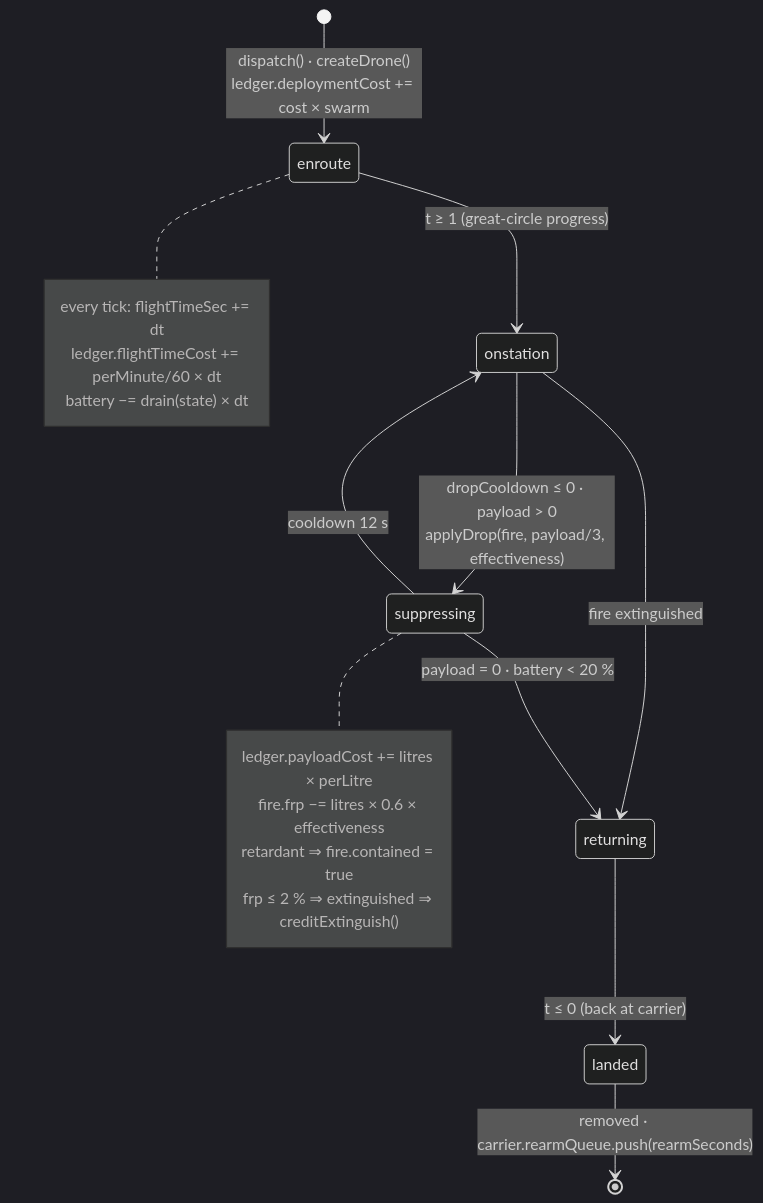
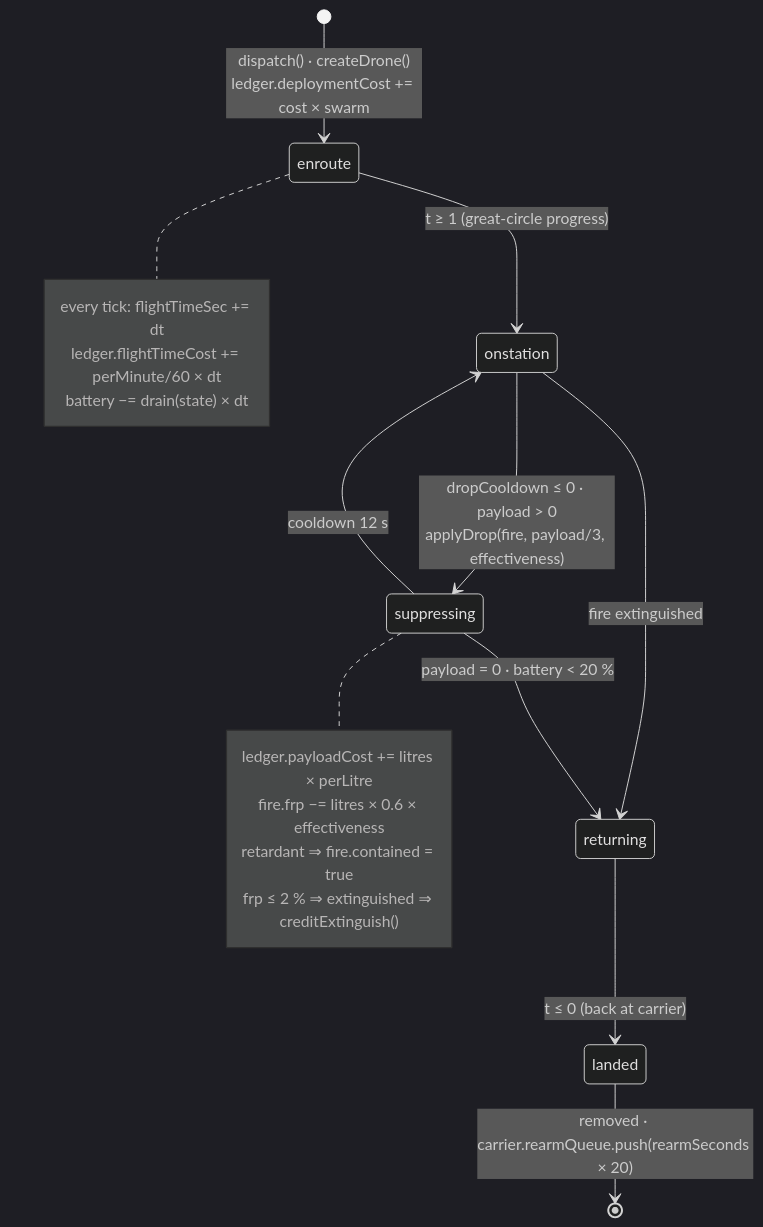
The fourth of 7 diagrams in README.md (jayrosen-design/Global-Firefight-Drone-Command), drawn with Mermaid (dark theme) before and after one commit. The commit also changed other lines of this file and 17 other files, not shown here.

````diff
--- a/README.md
+++ b/README.md
@@ -455,23 +474,23 @@
 ```mermaid
 stateDiagram-v2
   [*] --> enroute : dispatch() · createDrone()<br/>ledger.deploymentCost += cost × swarm
   enroute --> onstation : t ≥ 1 (great-circle progress)
   onstation --> suppressing : dropCooldown ≤ 0 · payload > 0<br/>applyDrop(fire, payload/3, effectiveness)
   suppressing --> onstation : cooldown 12 s
   onstation --> returning : fire extinguished
   suppressing --> returning : payload = 0 · battery < 20 %
   returning --> landed : t ≤ 0 (back at carrier)
-  landed --> [*] : removed · carrier.rearmQueue.push(rearmSeconds)
+  landed --> [*] : removed · carrier.rearmQueue.push(rearmSeconds × 20)
 
   note right of enroute
     every tick: flightTimeSec += dt
     ledger.flightTimeCost += perMinute/60 × dt
     battery −= drain(state) × dt
   end note
   note right of suppressing
     ledger.payloadCost += litres × perLitre
     fire.frp −= litres × 0.6 × effectiveness
     retardant ⇒ fire.contained = true
     frp ≤ 2 % ⇒ extinguished ⇒ creditExtinguish()
   end note
 ```
````
